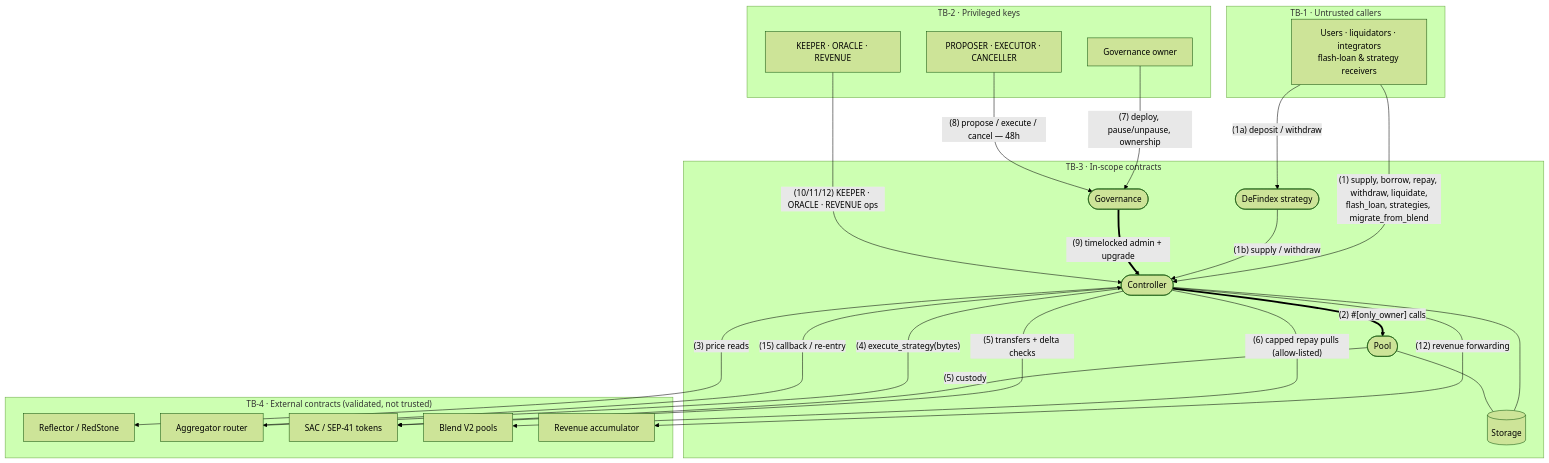
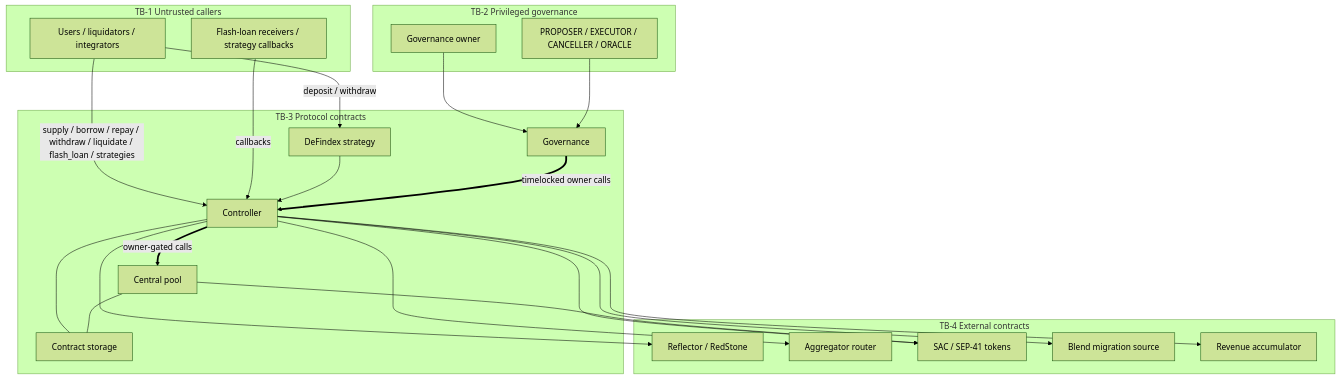
The diagram in architecture/THREAT_MODEL.md (XOXNO/rs-lending-xlm), drawn with Mermaid (forest theme) before and after one commit. The commit also changed other lines of this file and 129 other files, not shown here.

````diff
--- a/architecture/THREAT_MODEL.md
+++ b/architecture/THREAT_MODEL.md
@@ -58,43 +44,45 @@
 ```mermaid
 flowchart TB
-    subgraph Callers["TB-1 · Untrusted callers"]
-        User["Users · liquidators · integrators<br/>flash-loan & strategy receivers"]
+    subgraph TB1["TB-1 Untrusted callers"]
+        Users["Users / liquidators / integrators"]
+        Receivers["Flash-loan receivers / strategy callbacks"]
     end
-    subgraph Operators["TB-2 · Privileged keys"]
-        GovOwner["Governance owner"]
-        Delegates["PROPOSER · EXECUTOR · CANCELLER"]
-        RoleHolder["KEEPER · ORACLE · REVENUE"]
+
+    subgraph TB2["TB-2 Privileged governance"]
+        Owner["Governance owner"]
+        Roles["PROPOSER / EXECUTOR / CANCELLER / ORACLE"]
     end
-    subgraph Core["TB-3 · In-scope contracts"]
-        Governance(["Governance"])
-        Controller(["Controller"])
-        Pool(["Pool"])
-        Strategy(["DeFindex strategy"])
-        Store[("Storage")]
+
+    subgraph TB3["TB-3 Protocol contracts"]
+        Governance["Governance"]
+        Controller["Controller"]
+        Pool["Central pool"]
+        Strategy["DeFindex strategy"]
+        Storage["Contract storage"]
     end
-    subgraph External["TB-4 · External contracts (validated, not trusted)"]
-        Reflector["Reflector / RedStone"]
+
+    subgraph TB4["TB-4 External contracts"]
+        Oracles["Reflector / RedStone"]
         Router["Aggregator router"]
         Tokens["SAC / SEP-41 tokens"]
-        Blend["Blend V2 pools"]
-        Accum["Revenue accumulator"]
+        Blend["Blend migration source"]
+        Accumulator["Revenue accumulator"]
     end
 
-    User -->|"(1) supply, borrow, repay, withdraw, liquidate,<br/>flash_loan, strategies, migrate_from_blend"| Controller
-    User -->|"(1a) deposit / withdraw"| Strategy
-    Strategy -->|"(1b) supply / withdraw"| Controller
-    GovOwner -->|"(7) deploy, pause/unpause, ownership"| Governance
-    Delegates -->|"(8) propose / execute / cancel — 48h"| Governance
-    Governance ==>|"(9) timelocked admin + upgrade"| Controller
-    RoleHolder -->|"(10/11/12) KEEPER · ORACLE · REVENUE ops"| Controller
-    Controller ==>|"(2) #[only_owner] calls"| Pool
-    Controller -->|"(3) price reads"| Reflector
-    Controller -->|"(4) execute_strategy(bytes)"| Router
-    Controller -->|"(5) transfers + delta checks"| Tokens
-    Pool -->|"(5) custody"| Tokens
-    Controller -->|"(6) capped repay pulls (allow-listed)"| Blend
-    Controller -->|"(12) revenue forwarding"| Accum
-    Router -->|"(15) callback / re-entry"| Controller
-    Controller --- Store
-    Pool --- Store
+    Users -->|"supply / borrow / repay / withdraw / liquidate / flash_loan / strategies"| Controller
+    Users -->|"deposit / withdraw"| Strategy
+    Receivers -->|"callbacks"| Controller
+    Strategy --> Controller
+    Owner --> Governance
+    Roles --> Governance
+    Governance ==>|"timelocked owner calls"| Controller
+    Controller ==>|"owner-gated calls"| Pool
+    Controller --> Oracles
+    Controller --> Router
+    Controller --> Tokens
+    Pool --> Tokens
+    Controller --> Blend
+    Controller --> Accumulator
+    Controller --- Storage
+    Pool --- Storage
 ```
````
